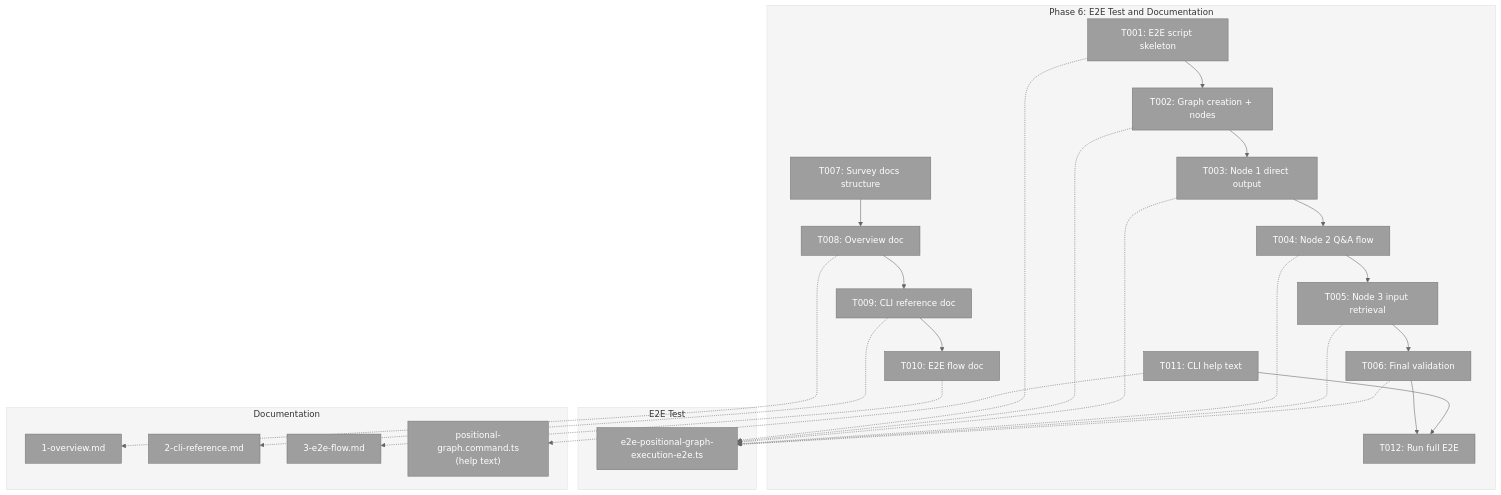
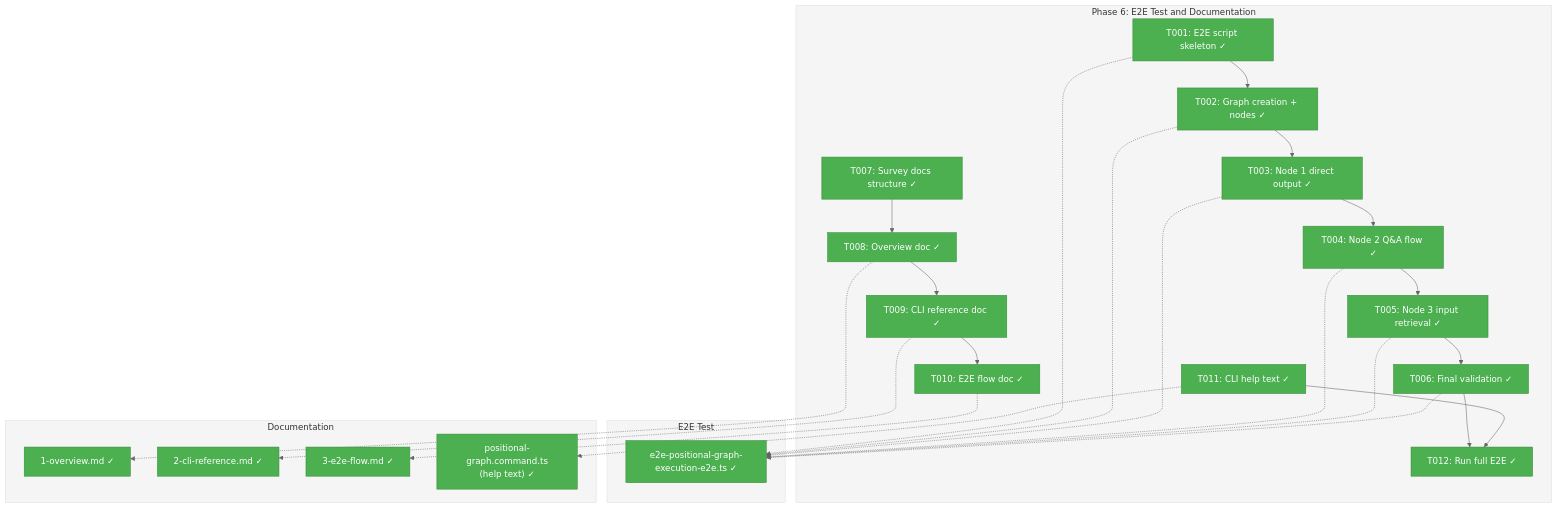
Before and after one commit to AI-Substrate/chainglass: the first of 3 diagrams in docs/plans/028-pos-agentic-cli/tasks/phase-6-e2e-test-and-documentation/tasks.md, drawn with Mermaid (neutral theme). The commit also changed other lines of this file and 14 other files, not shown here.

First line of the commit message:
feat(positional-graph): complete Phase 6 E2E test and documentation

````diff
--- a/docs/plans/028-pos-agentic-cli/tasks/phase-6-e2e-test-and-documentation/tasks.md
+++ b/docs/plans/028-pos-agentic-cli/tasks/phase-6-e2e-test-and-documentation/tasks.md
@@ -105,53 +116,53 @@
 ```mermaid
 flowchart TD
     classDef pending fill:#9E9E9E,stroke:#757575,color:#fff
     classDef inprogress fill:#FF9800,stroke:#F57C00,color:#fff
     classDef completed fill:#4CAF50,stroke:#388E3C,color:#fff
     classDef blocked fill:#F44336,stroke:#D32F2F,color:#fff
 
     style Phase fill:#F5F5F5,stroke:#E0E0E0
     style E2E fill:#F5F5F5,stroke:#E0E0E0
     style Docs fill:#F5F5F5,stroke:#E0E0E0
 
     subgraph Phase["Phase 6: E2E Test and Documentation"]
-        T001["T001: E2E script skeleton"]:::pending
-        T002["T002: Graph creation + nodes"]:::pending
-        T003["T003: Node 1 direct output"]:::pending
-        T004["T004: Node 2 Q&A flow"]:::pending
-        T005["T005: Node 3 input retrieval"]:::pending
-        T006["T006: Final validation"]:::pending
-        T007["T007: Survey docs structure"]:::pending
-        T008["T008: Overview doc"]:::pending
-        T009["T009: CLI reference doc"]:::pending
-        T010["T010: E2E flow doc"]:::pending
-        T011["T011: CLI help text"]:::pending
-        T012["T012: Run full E2E"]:::pending
+        T001["T001: E2E script skeleton ✓"]:::completed
+        T002["T002: Graph creation + nodes ✓"]:::completed
+        T003["T003: Node 1 direct output ✓"]:::completed
+        T004["T004: Node 2 Q&A flow ✓"]:::completed
+        T005["T005: Node 3 input retrieval ✓"]:::completed
+        T006["T006: Final validation ✓"]:::completed
+        T007["T007: Survey docs structure ✓"]:::completed
+        T008["T008: Overview doc ✓"]:::completed
+        T009["T009: CLI reference doc ✓"]:::completed
+        T010["T010: E2E flow doc ✓"]:::completed
+        T011["T011: CLI help text ✓"]:::completed
+        T012["T012: Run full E2E ✓"]:::completed
 
         T001 --> T002 --> T003 --> T004 --> T005 --> T006
         T007 --> T008 --> T009 --> T010
         T006 --> T012
         T011 --> T012
     end
 
     subgraph E2E["E2E Test"]
-        F1["e2e-positional-graph-execution-e2e.ts"]:::pending
+        F1["e2e-positional-graph-execution-e2e.ts ✓"]:::completed
     end
 
     subgraph Docs["Documentation"]
-        F2["1-overview.md"]:::pending
-        F3["2-cli-reference.md"]:::pending
-        F4["3-e2e-flow.md"]:::pending
-        F5["positional-graph.command.ts<br/>(help text)"]:::pending
+        F2["1-overview.md ✓"]:::completed
+        F3["2-cli-reference.md ✓"]:::completed
+        F4["3-e2e-flow.md ✓"]:::completed
+        F5["positional-graph.command.ts<br/>(help text) ✓"]:::completed
     end
 
     T001 -.-> F1
     T002 -.-> F1
     T003 -.-> F1
     T004 -.-> F1
     T005 -.-> F1
     T006 -.-> F1
     T008 -.-> F2
     T009 -.-> F3
     T010 -.-> F4
     T011 -.-> F5
 ```
````
